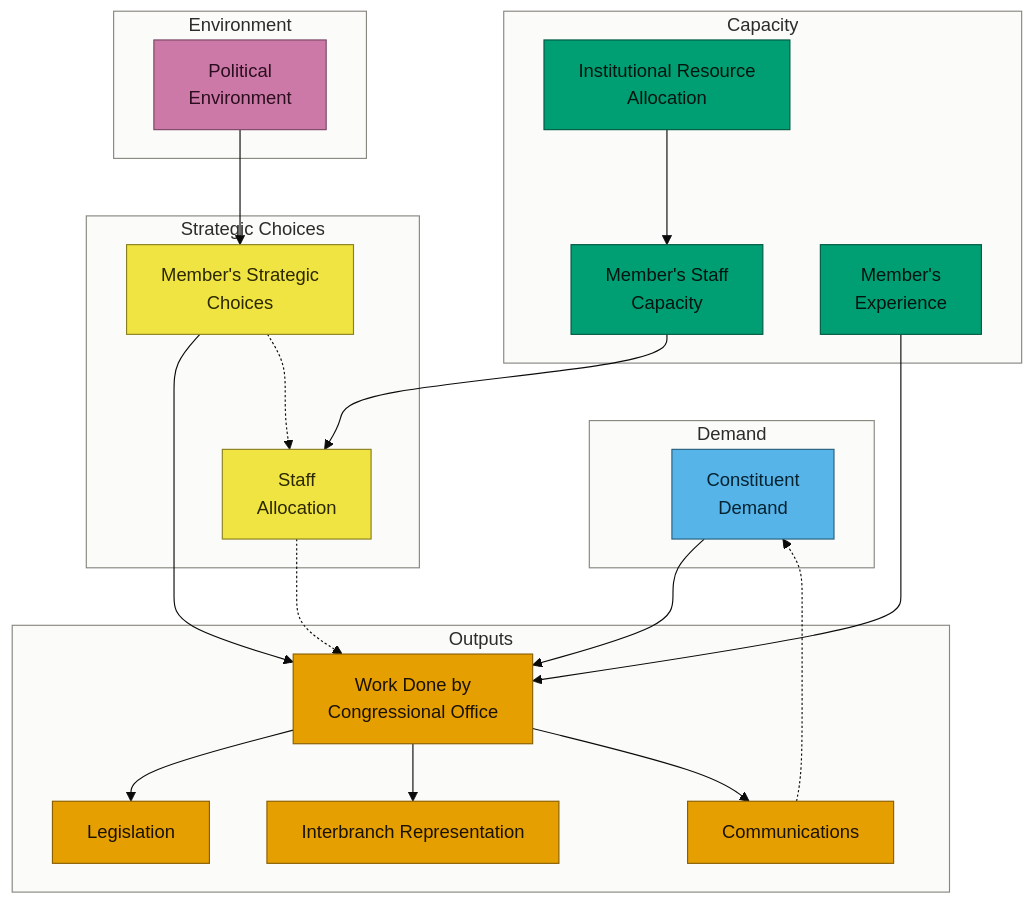
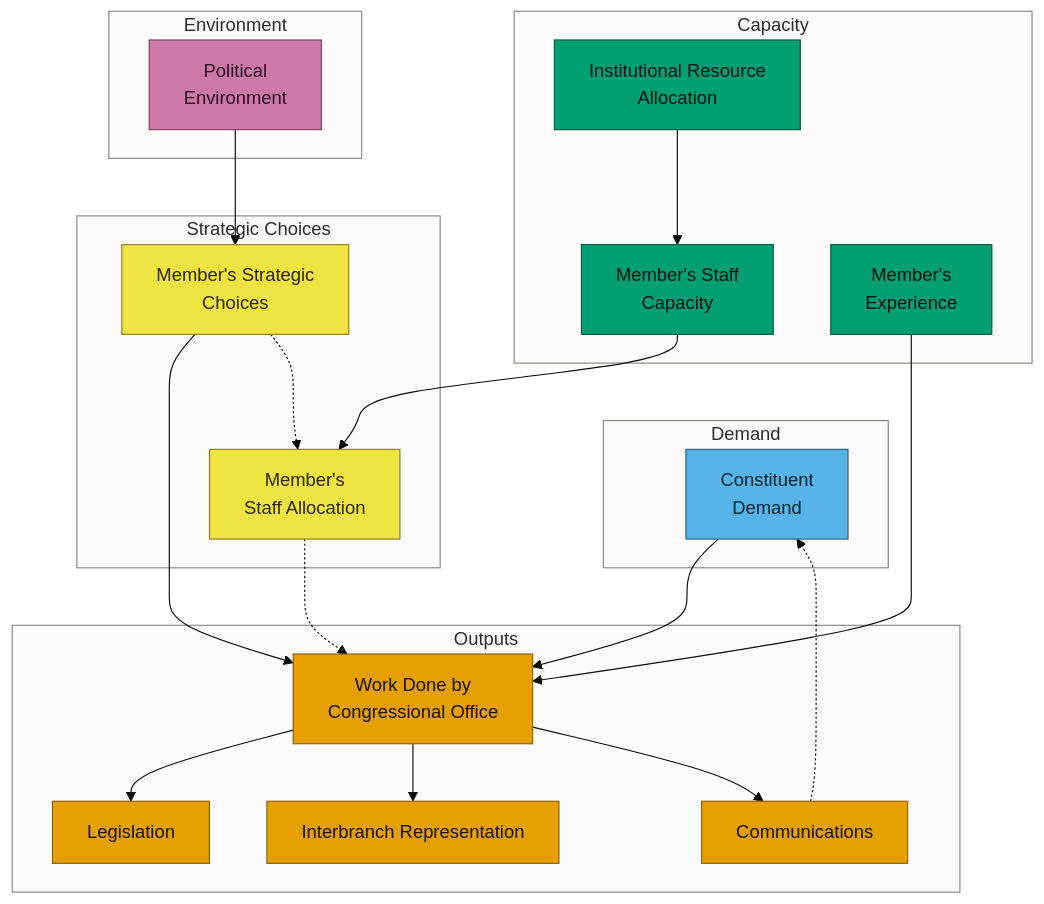
Before and after one commit to judgelord/cor-book: the diagram in ch2.qmd, drawn with Mermaid (base theme). The commit also changed other lines of this file and 1 other file, not shown here.

````diff
--- a/ch2.qmd
+++ b/ch2.qmd
@@ -131,60 +141,60 @@
 ```{mermaid}
 %%| label: fig-causal
 %%| fig-cap: "How constituent demand, capacity, political environment, and member's strategic choices shape interbranch representation activities"
 %%| fig-width: 6.5
 %%| fig-height: 6
 %%| out-width: "100%"
 
 flowchart TD
     subgraph demand_g ["Demand"]
         CD["Constituent<br/>Demand"]
     end
     subgraph capacity_g ["Capacity"]
         IR["Institutional Resource<br/>Allocation"]
         SC["Member's Staff<br/>Capacity"]
         MK["Member's<br/>Experience"]
     end
     subgraph env_g ["Environment"]
         PE["Political<br/>Environment"]
     end
     subgraph strategic_g ["Strategic Choices"]
         G["Member's Strategic<br/>Choices"]
-        SA["Staff<br/>Allocation"]
+        SA["Member's <br/> Staff Allocation"]
     end
     subgraph output_g ["Outputs"]
         W["Work Done by<br/>Congressional Office"]
         L["Legislation"]
         A["Interbranch Representation"]
         C["Communications"]
     end
 
     CD --> W
     PE --> G
     IR --> SC
     SC --> SA
     G --> W
     G -.-> SA
     MK --> W
     SA -.-> W
     W --> L
     W --> A
     W --> C
     C -.-> CD
 
     classDef output fill:#E69F00,stroke:#8A5F00,color:#1A1200;
     classDef demand fill:#56B4E9,stroke:#27607F,color:#04222F;
     classDef capacity fill:#009E73,stroke:#005A42,color:#00150F;
     classDef environment fill:#CC79A7,stroke:#7A4664,color:#2B0E1F;
     classDef strategic fill:#F0E442,stroke:#8A8020,color:#2B2800;
     class W,L,A,C output;
     class CD demand;
     class IR,SC,MK capacity;
     class PE environment;
     class G,SA strategic;
 
     style demand_g fill:#FBFBF9,stroke:#888780,color:#2C2C2A;
     style capacity_g fill:#FBFBF9,stroke:#888780,color:#2C2C2A;
     style env_g fill:#FBFBF9,stroke:#888780,color:#2C2C2A;
     style strategic_g fill:#FBFBF9,stroke:#888780,color:#2C2C2A;
     style output_g fill:#FBFBF9,stroke:#888780,color:#2C2C2A;
 ```
````
